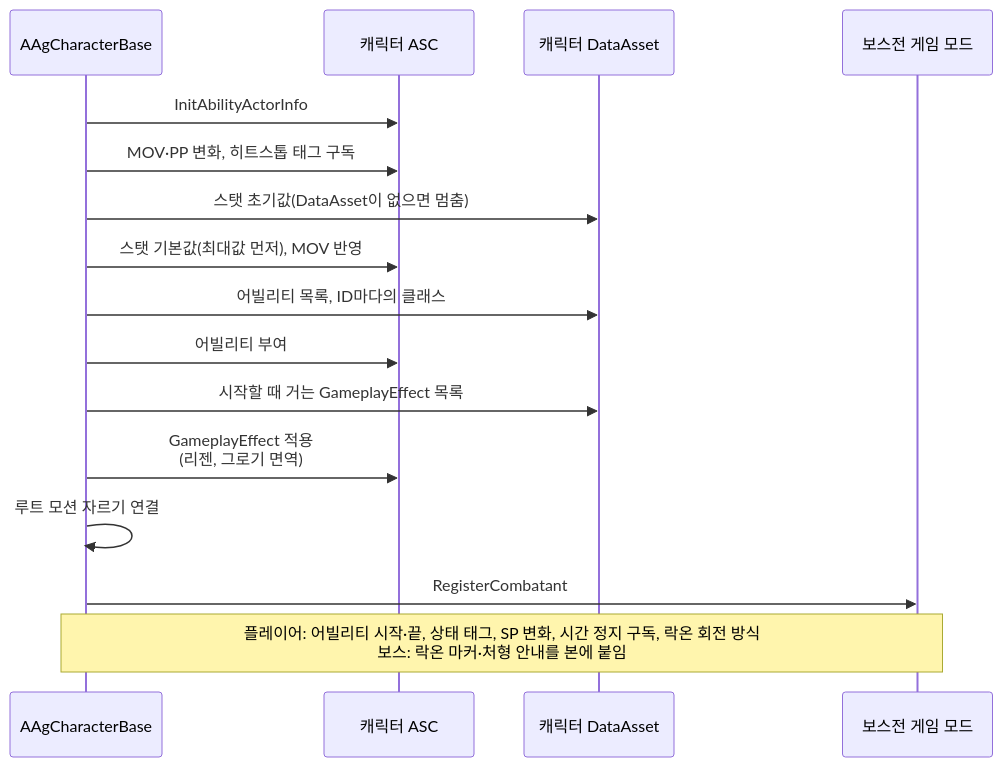
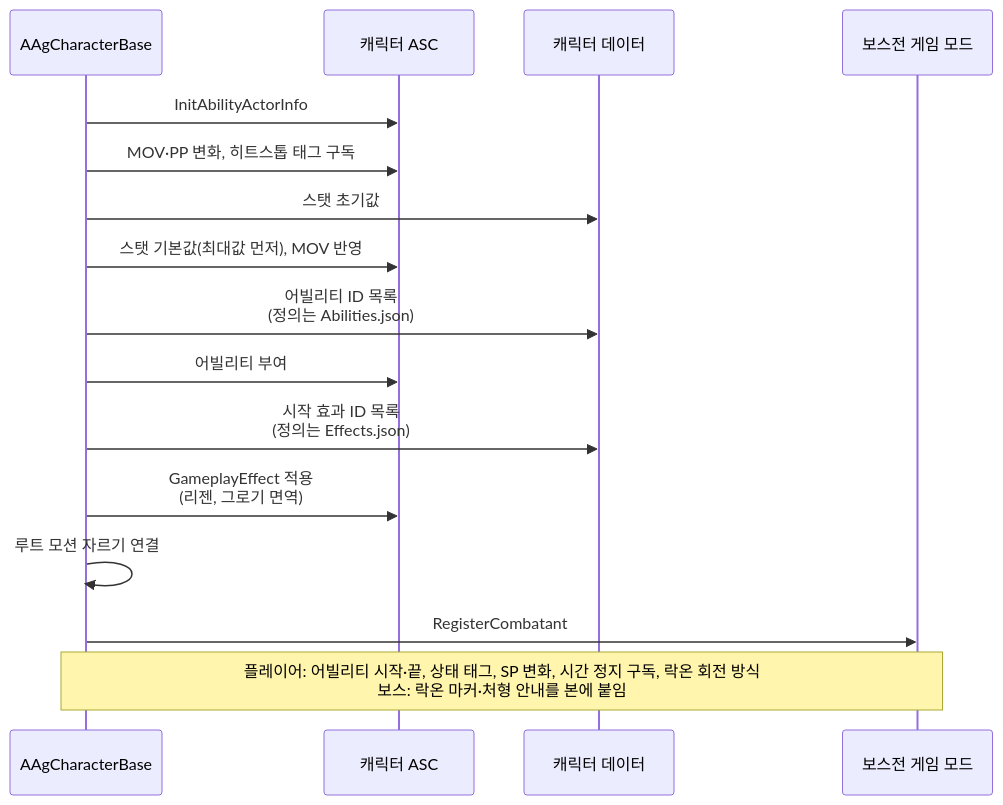
The second of 2 diagrams in Docs/Program/캐릭터 초기화.md (Woogl/Ag), drawn with Mermaid before and after one commit. The commit also changed other lines of this file and 93 other files, not shown here.

````diff
--- a/Docs/Program/캐릭터 초기화.md
+++ b/Docs/Program/캐릭터 초기화.md
@@ -47,18 +48,18 @@
 ```mermaid
 sequenceDiagram
     participant C as AAgCharacterBase
     participant ASC as 캐릭터 ASC
-    participant D as 캐릭터 DataAsset
+    participant D as 캐릭터 데이터
     participant GM as 보스전 게임 모드
     C->>ASC: InitAbilityActorInfo
     C->>ASC: MOV·PP 변화, 히트스톱 태그 구독
-    C->>D: 스탯 초기값(DataAsset이 없으면 멈춤)
+    C->>D: 스탯 초기값
     C->>ASC: 스탯 기본값(최대값 먼저), MOV 반영
-    C->>D: 어빌리티 목록, ID마다의 클래스
+    C->>D: 어빌리티 ID 목록<br>(정의는 Abilities.json)
     C->>ASC: 어빌리티 부여
-    C->>D: 시작할 때 거는 GameplayEffect 목록
+    C->>D: 시작 효과 ID 목록<br>(정의는 Effects.json)
     C->>ASC: GameplayEffect 적용<br>(리젠, 그로기 면역)
     C->>C: 루트 모션 자르기 연결
     C->>GM: RegisterCombatant
     Note over C,GM: 플레이어: 어빌리티 시작·끝, 상태 태그, SP 변화, 시간 정지 구독, 락온 회전 방식<br>보스: 락온 마커·처형 안내를 본에 붙임
 ```
````
